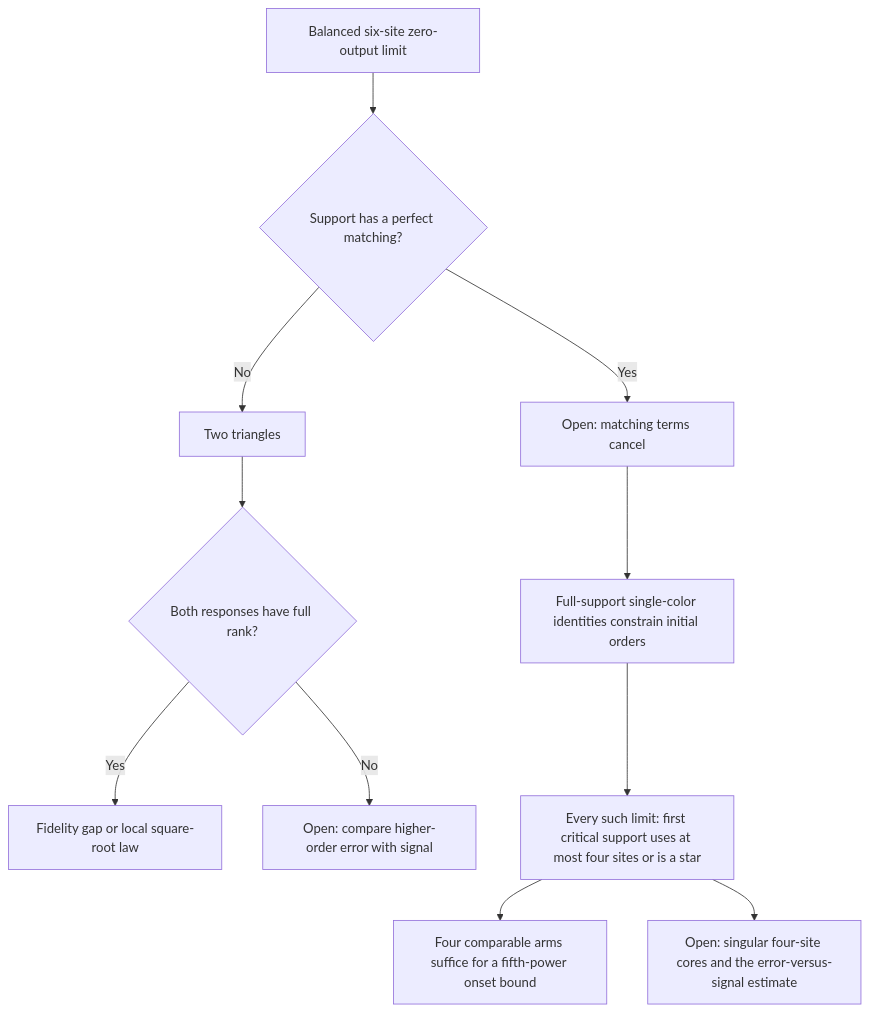
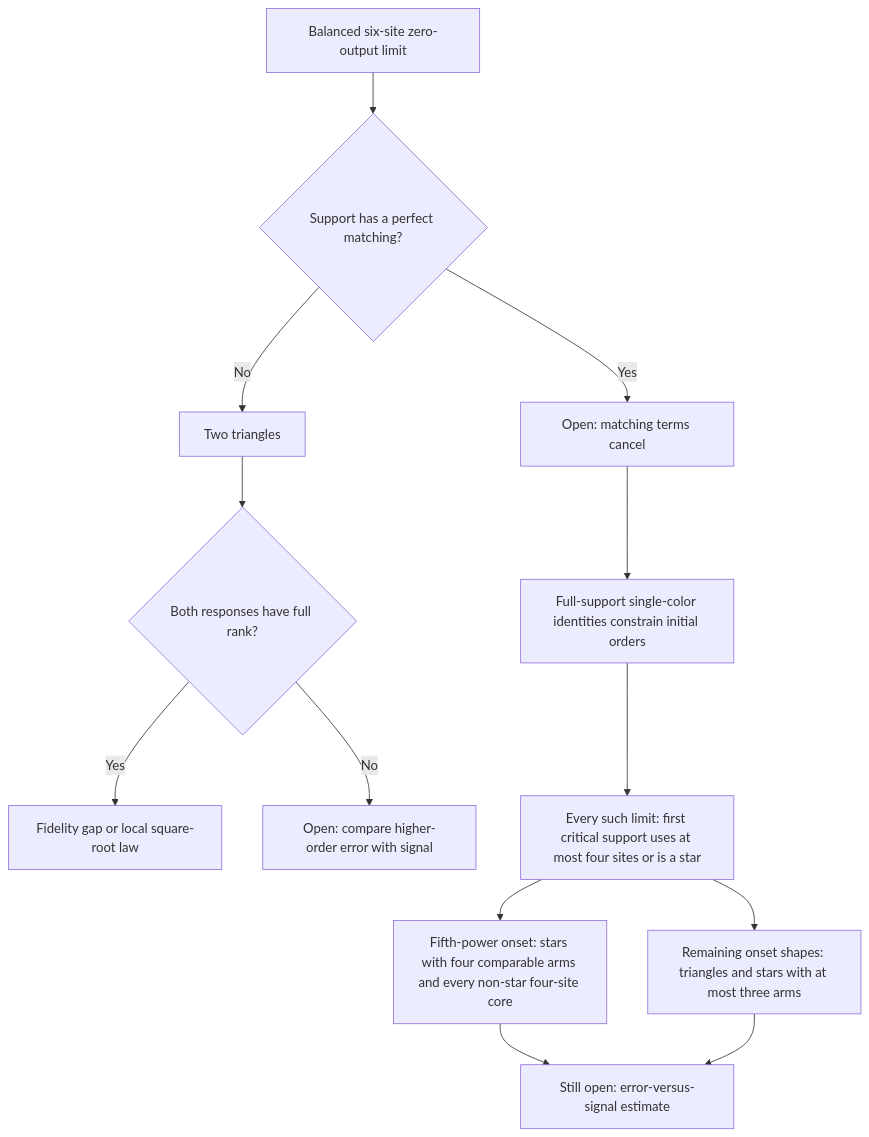
One commit to rrajasek95/krenn-conjecture changed the diagram in research/ghz-rates/README.md. Above: the diagram before and after it, drawn with Mermaid. The commit also changed other lines of this file and 13 other files, not shown here.

Commit message:
Control singular four-site GHZ cores through their attachments

```diff
--- a/research/ghz-rates/README.md
+++ b/research/ghz-rates/README.md
@@ -46,13 +47,15 @@
 ~~~mermaid
 flowchart TD
     A["Balanced six-site zero-output limit"] --> B{"Support has a perfect matching?"}
     B -->|No| C["Two triangles"]
     C --> D{"Both responses have full rank?"}
     D -->|Yes| E["Fidelity gap or local square-root law"]
     D -->|No| F["Open: compare higher-order error with signal"]
     B -->|Yes| G["Open: matching terms cancel"]
     G --> H["Full-support single-color identities constrain initial orders"]
     H --> I["Every such limit: first critical support uses at most four sites or is a star"]
-    I --> J["Four comparable arms suffice for a fifth-power onset bound"]
-    I --> K["Open: singular four-site cores and the error-versus-signal estimate"]
+    I --> J["Fifth-power onset: stars with four comparable arms and every non-star four-site core"]
+    I --> K["Remaining onset shapes: triangles and stars with at most three arms"]
+    J --> L["Still open: error-versus-signal estimate"]
+    K --> L
 ~~~
```
